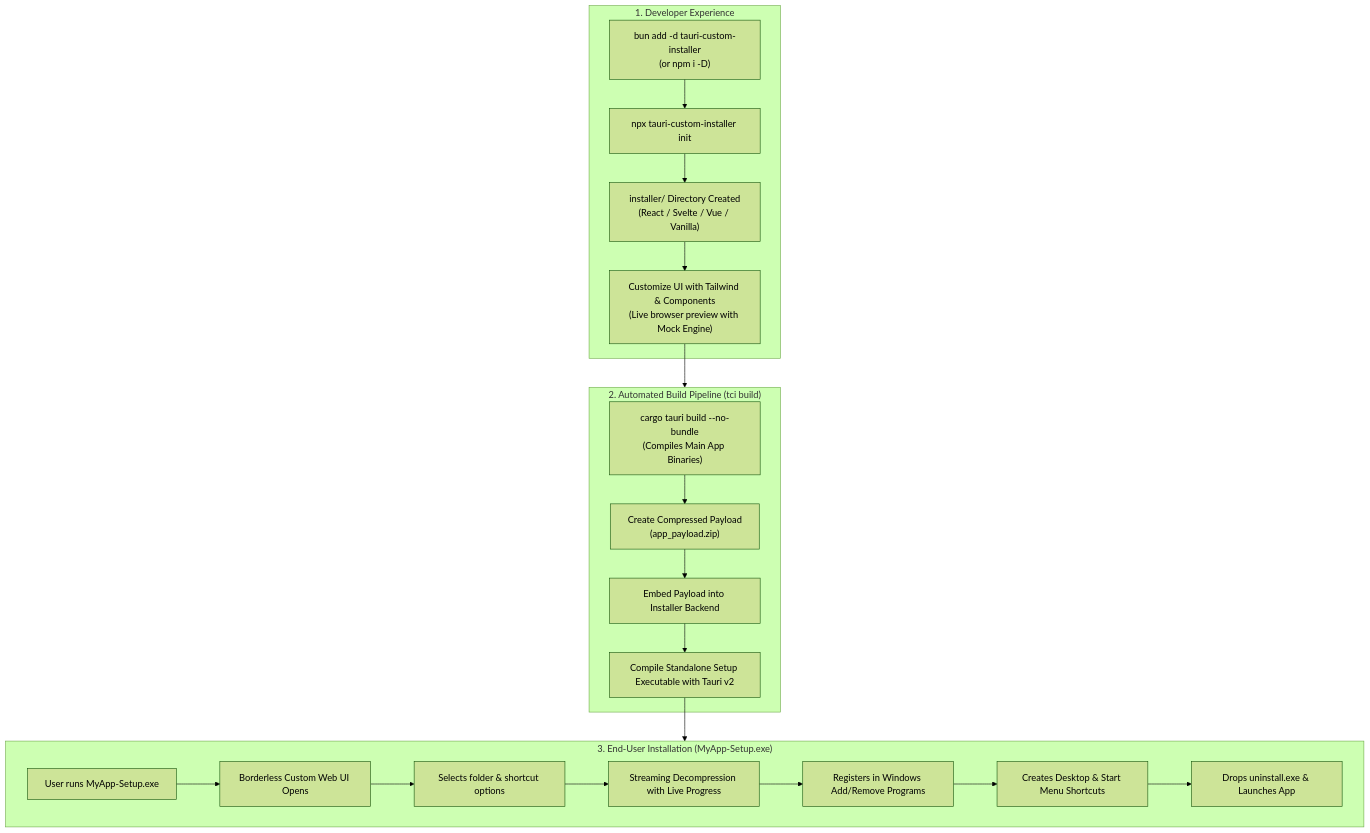
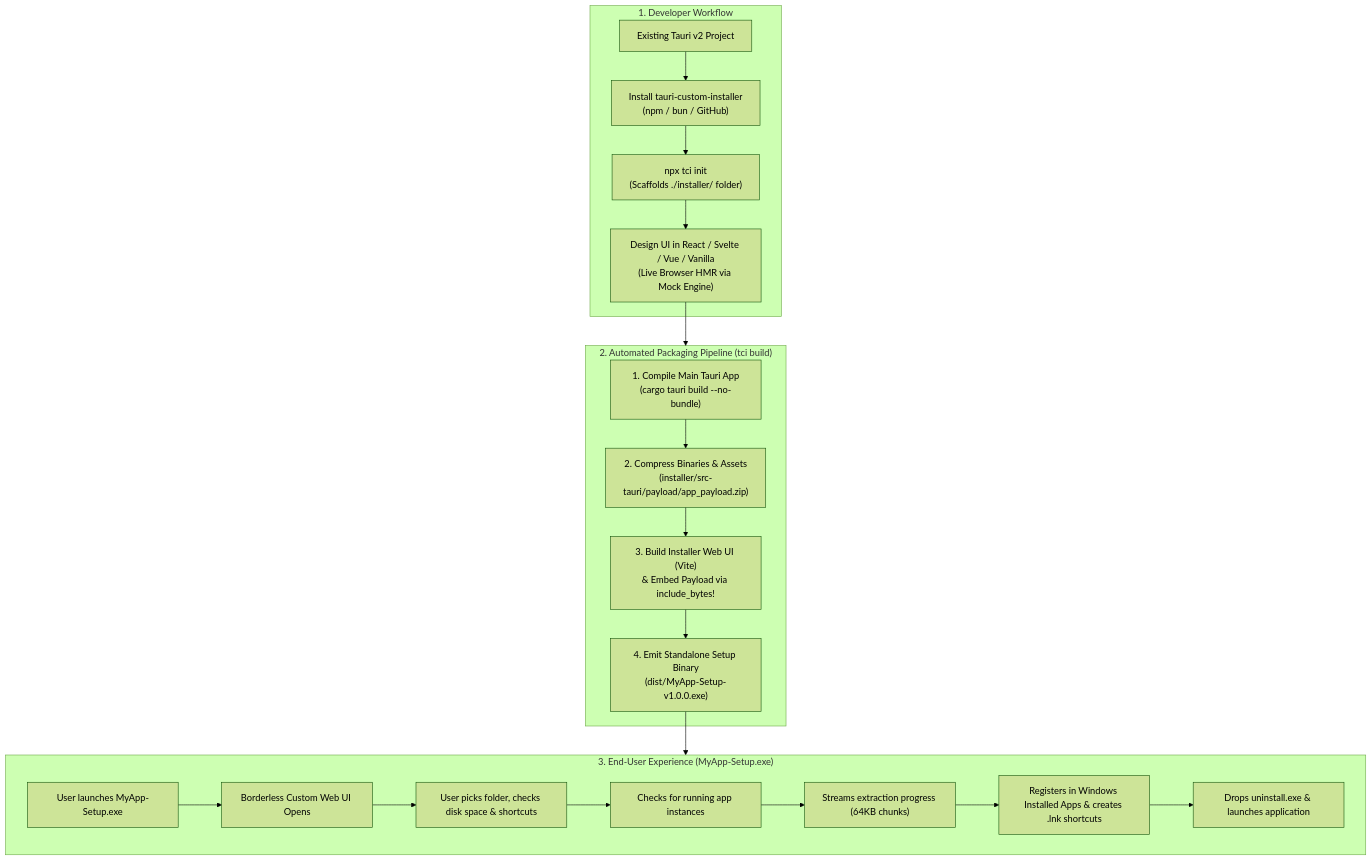
One commit to kmaksuut/tauri-custom-installer changed the diagram in README.md. Above: the diagram before and after it, drawn with Mermaid (forest theme). The commit also changed other lines of this file and 39 other files, not shown here.

Commit message:
feat: add embedded payload, native folder picker, cancel/minimize commands, external project vendoring, and comprehensive README

````diff
--- a/README.md
+++ b/README.md
@@ -40,28 +43,28 @@
 ```mermaid
 flowchart TD
-    subgraph DevWorkflow["1. Developer Experience"]
-        A["bun add -d tauri-custom-installer<br/>(or npm i -D)"] --> B["npx tauri-custom-installer init"]
-        B --> C["installer/ Directory Created<br/>(React / Svelte / Vue / Vanilla)"]
-        C --> D["Customize UI with Tailwind & Components<br/>(Live browser preview with Mock Engine)"]
+    subgraph DevWorkflow["1. Developer Workflow"]
+        A["Existing Tauri v2 Project"] --> B["Install tauri-custom-installer<br/>(npm / bun / GitHub)"]
+        B --> C["npx tci init<br/>(Scaffolds ./installer/ folder)"]
+        C --> D["Design UI in React / Svelte / Vue / Vanilla<br/>(Live Browser HMR via Mock Engine)"]
     end
 
-    subgraph BuildPipeline["2. Automated Build Pipeline (tci build)"]
-        E["cargo tauri build --no-bundle<br/>(Compiles Main App Binaries)"]
-        F["Create Compressed Payload<br/>(app_payload.zip)"]
-        G["Embed Payload into Installer Backend"]
-        H["Compile Standalone Setup Executable with Tauri v2"]
+    subgraph BuildPipeline["2. Automated Packaging Pipeline (tci build)"]
+        E["1. Compile Main Tauri App<br/>(cargo tauri build --no-bundle)"]
+        F["2. Compress Binaries & Assets<br/>(installer/src-tauri/payload/app_payload.zip)"]
+        G["3. Build Installer Web UI (Vite)<br/>& Embed Payload via include_bytes!"]
+        H["4. Emit Standalone Setup Binary<br/>(dist/MyApp-Setup-v1.0.0.exe)"]
         E --> F --> G --> H
     end
 
-    subgraph EndUser["3. End-User Installation (MyApp-Setup.exe)"]
-        I["User runs MyApp-Setup.exe"] --> J["Borderless Custom Web UI Opens"]
-        J --> K["Selects folder & shortcut options"]
-        K --> L["Streaming Decompression with Live Progress"]
-        L --> M["Registers in Windows Add/Remove Programs"]
-        M --> N["Creates Desktop & Start Menu Shortcuts"]
-        N --> O["Drops uninstall.exe & Launches App"]
+    subgraph EndUser["3. End-User Experience (MyApp-Setup.exe)"]
+        I["User launches MyApp-Setup.exe"] --> J["Borderless Custom Web UI Opens"]
+        J --> K["User picks folder, checks disk space & shortcuts"]
+        K --> L["Checks for running app instances"]
+        L --> M["Streams extraction progress (64KB chunks)"]
+        M --> N["Registers in Windows Installed Apps & creates .lnk shortcuts"]
+        N --> O["Drops uninstall.exe & launches application"]
     end
 
     D --> BuildPipeline
     H --> EndUser
 ```
````
